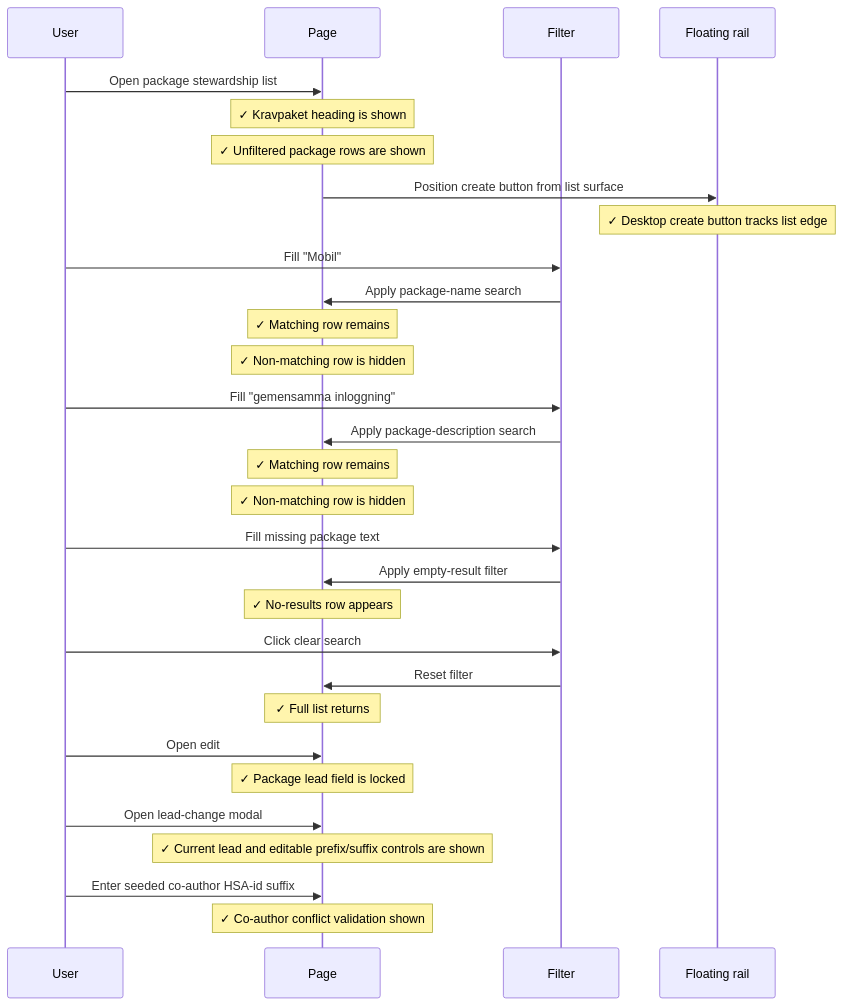
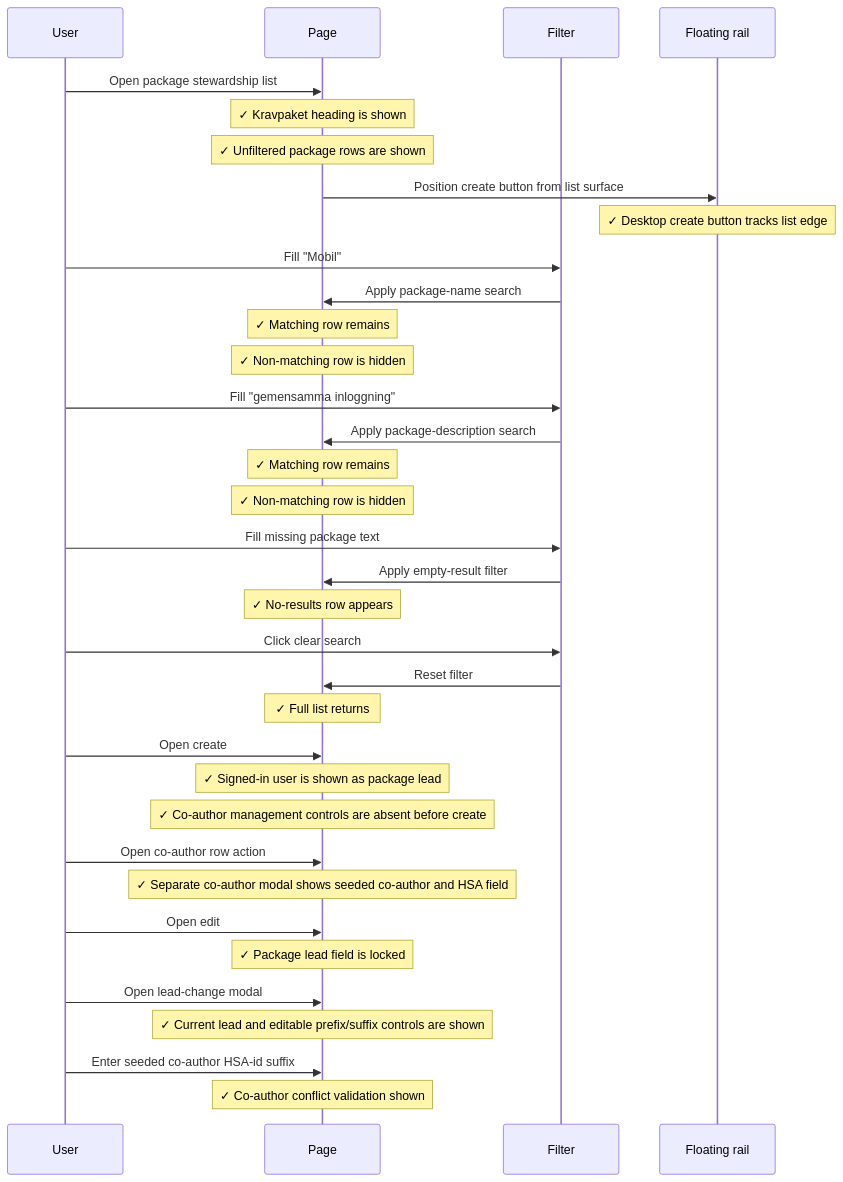
The second of 3 diagrams in tests/integration/requirement-packages-list.md (viscalyx/Kravhantering), drawn with Mermaid before and after one commit. The commit also changed other lines of this file and 247 other files, not shown here.

````diff
--- a/tests/integration/requirement-packages-list.md
+++ b/tests/integration/requirement-packages-list.md
@@ -83,33 +99,38 @@
 ```mermaid
 sequenceDiagram
     participant U as User
     participant P as Page
     participant F as Filter
     participant R as Floating rail
 
     U->>P: Open package stewardship list
     Note over P: ✓ Kravpaket heading is shown
     Note over P: ✓ Unfiltered package rows are shown
     P->>R: Position create button from list surface
     Note over R: ✓ Desktop create button tracks list edge
     U->>F: Fill "Mobil"
     F->>P: Apply package-name search
     Note over P: ✓ Matching row remains
     Note over P: ✓ Non-matching row is hidden
     U->>F: Fill "gemensamma inloggning"
     F->>P: Apply package-description search
     Note over P: ✓ Matching row remains
     Note over P: ✓ Non-matching row is hidden
     U->>F: Fill missing package text
     F->>P: Apply empty-result filter
     Note over P: ✓ No-results row appears
     U->>F: Click clear search
     F->>P: Reset filter
     Note over P: ✓ Full list returns
+    U->>P: Open create
+    Note over P: ✓ Signed-in user is shown as package lead
+    Note over P: ✓ Co-author management controls are absent before create
+    U->>P: Open co-author row action
+    Note over P: ✓ Separate co-author modal shows seeded co-author and HSA field
     U->>P: Open edit
     Note over P: ✓ Package lead field is locked
     U->>P: Open lead-change modal
     Note over P: ✓ Current lead and editable prefix/suffix controls are shown
     U->>P: Enter seeded co-author HSA-id suffix
     Note over P: ✓ Co-author conflict validation shown
 ```
````
